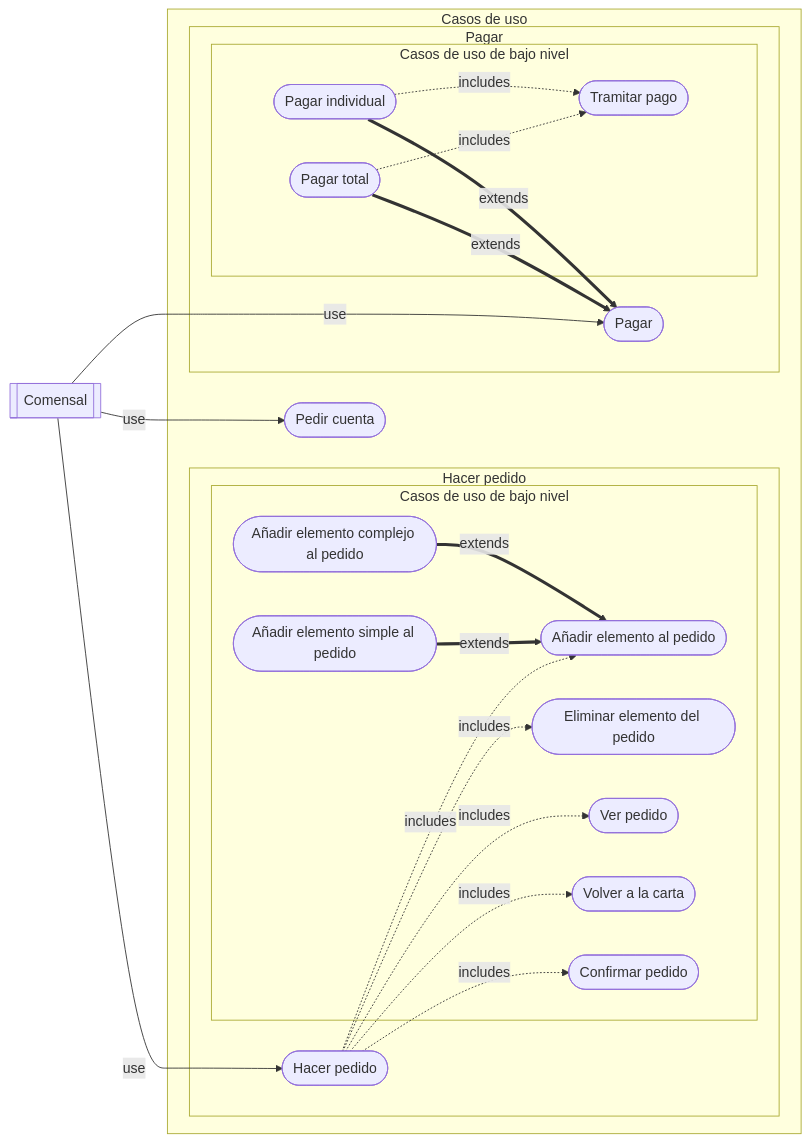
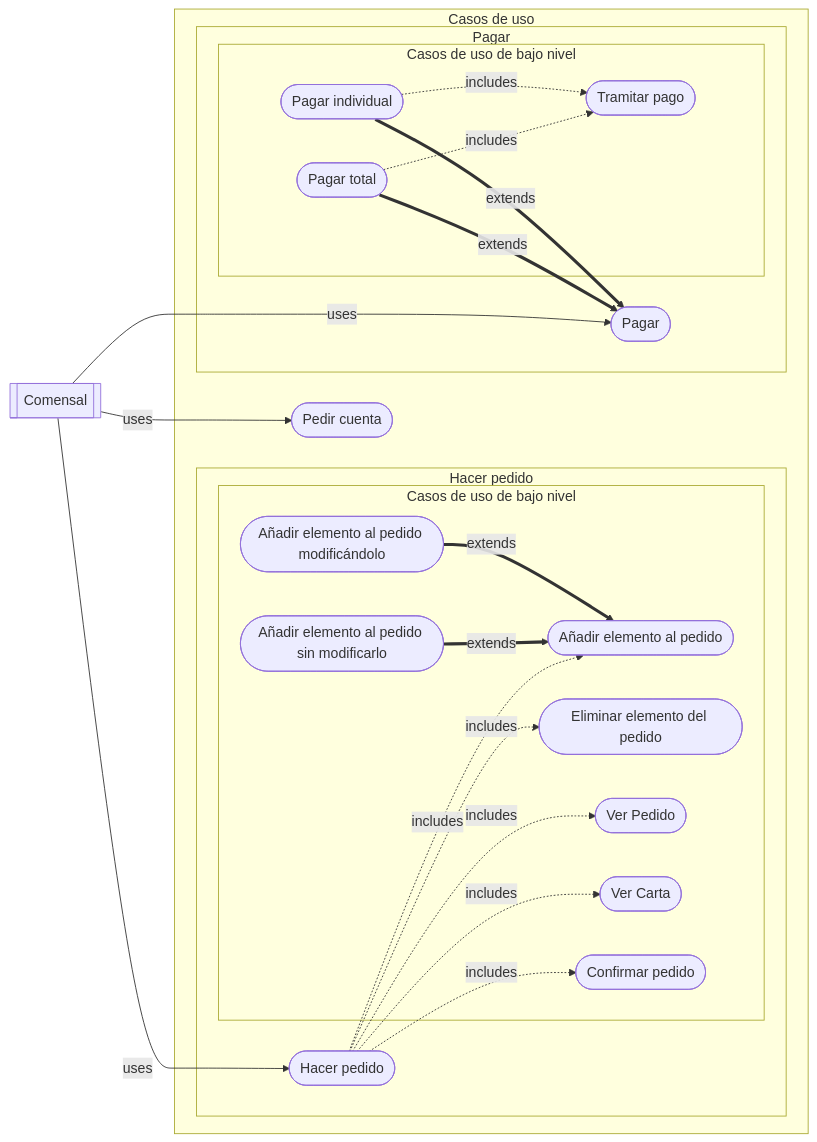
The second of 6 diagrams in documentacion/requisitos/casos_de_uso.md (pabenito/QRest), drawn with Mermaid before and after one commit. The commit also changed other lines of this file, not shown here.

Commit message:
casos de uso de Hacer Pedido

````diff
--- a/documentacion/requisitos/casos_de_uso.md
+++ b/documentacion/requisitos/casos_de_uso.md
@@ -89,32 +97,32 @@
 ```mermaid
 flowchart LR
   comensal[[Comensal]]
   subgraph casos_de_uso[Casos de uso]
     subgraph casos_de_uso_hacer_pedido[Hacer pedido]
       hacer_pedido([Hacer pedido])
       subgraph casos_de_uso_de_bajo_nivel_hacer_pedido[Casos de uso de bajo nivel]
         anadir_al_pedido([Añadir elemento al pedido])
         eliminar_del_pedido([Eliminar elemento del pedido])
-        ver_pedido([Ver pedido])
-        volver_a_la_carta([Volver a la carta])
-        anadir_al_pedido_simple([Añadir elemento simple al pedido])
-        anadir_al_pedido_complejo([Añadir elemento complejo al pedido])
+        ver_pedido([Ver Pedido])
+        ver_carta([Ver Carta])
+        anadir_al_pedido_sin_modificarlo([Añadir elemento al pedido sin modificarlo])
+        anadir_al_pedido_modificandolo([Añadir elemento al pedido modificándolo])
         confirmar_pedido([Confirmar pedido])
       end
     end
     subgraph casos_de_uso_pagar[Pagar]
       pagar([Pagar])
       subgraph casos_de_uso_de_bajo_nivel_pagar[Casos de uso de bajo nivel]
         pagar_total([Pagar total])
         pagar_individual([Pagar individual])
         tramitar_pago([Tramitar pago])
       end
     end
     pedir_cuenta([Pedir cuenta])
   end
-  comensal --use--> hacer_pedido & pedir_cuenta & pagar
-  hacer_pedido -.includes.-> anadir_al_pedido & eliminar_del_pedido & ver_pedido & volver_a_la_carta & confirmar_pedido
-  anadir_al_pedido_simple & anadir_al_pedido_complejo ==extends==> anadir_al_pedido
+  comensal --uses--> hacer_pedido & pedir_cuenta & pagar
+  hacer_pedido -.includes.-> anadir_al_pedido & eliminar_del_pedido & ver_pedido & ver_carta & confirmar_pedido
+  anadir_al_pedido_sin_modificarlo & anadir_al_pedido_modificandolo ==extends==> anadir_al_pedido
   pagar_total & pagar_individual ==extends==> pagar
   pagar_total & pagar_individual -.includes.-> tramitar_pago
 ```
````
